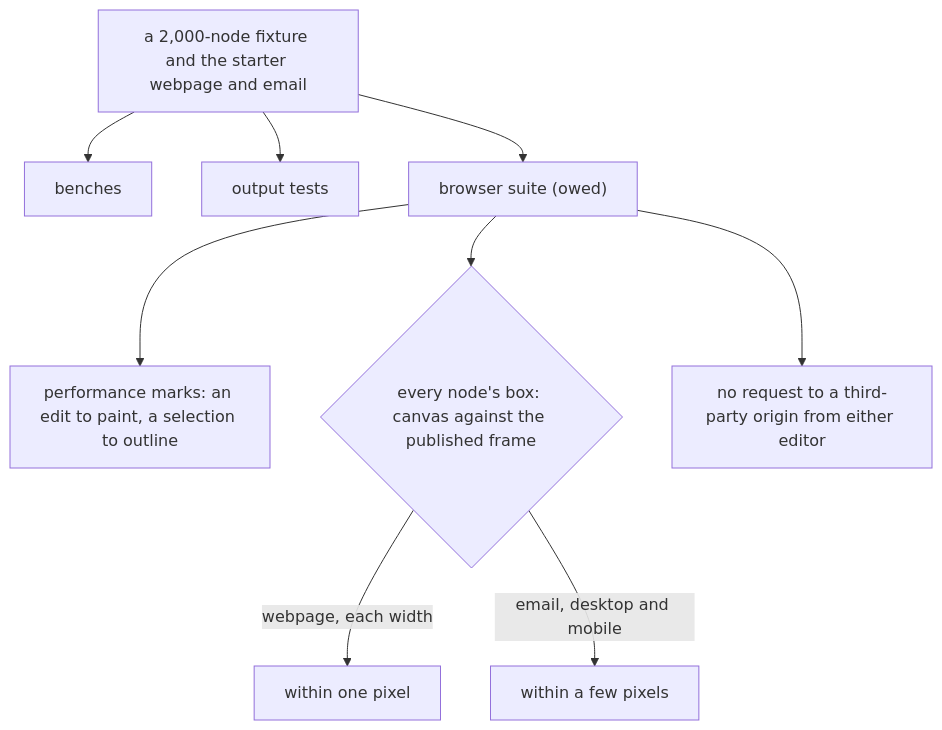
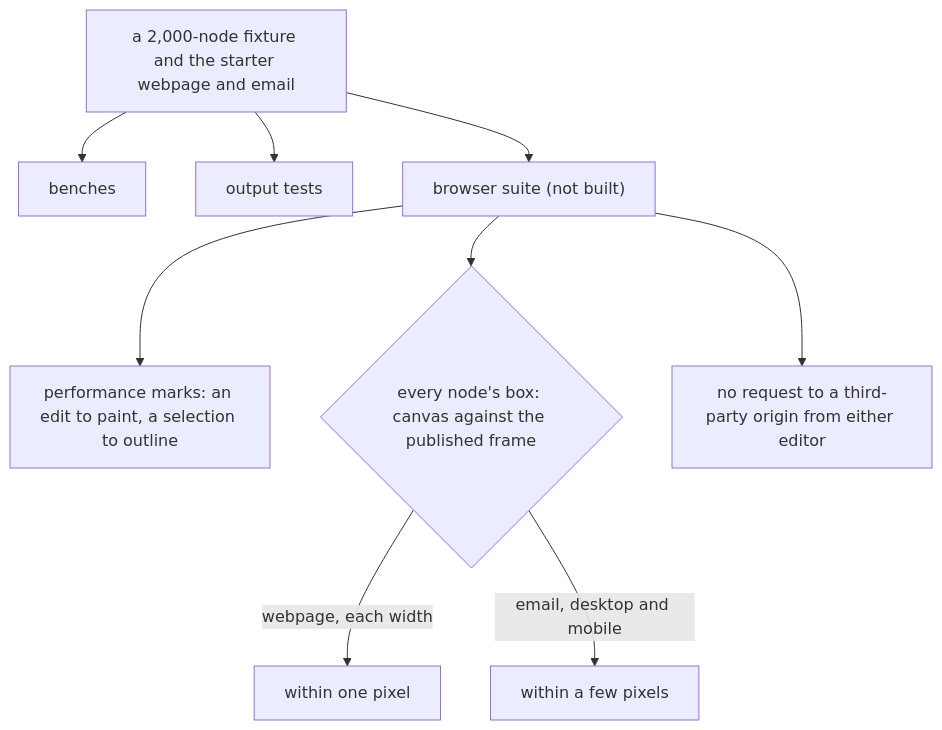
One commit to Esposter/Esposter changed the diagram in openspec/specs/resource/page-builder/performance-and-proof/design.md. Above: the diagram before and after it, drawn with Mermaid. The commit also changed other lines of this file and 11 other files, not shown here.

First line of the commit message:
docs(resource): close the resource roadmap, its last two items deferred

````diff
--- a/openspec/specs/resource/page-builder/performance-and-proof/design.md
+++ b/openspec/specs/resource/page-builder/performance-and-proof/design.md
@@ -28,11 +28,11 @@
 ```mermaid
 flowchart TD
   FIXTURE["a 2,000-node fixture and the starter webpage and email"] --> BENCH["benches"]
   FIXTURE --> OUTPUT["output tests"]
-  FIXTURE --> BROWSER["browser suite (owed)"]
+  FIXTURE --> BROWSER["browser suite (not built)"]
   BROWSER --> MARKS["performance marks: an edit to paint, a selection to outline"]
   BROWSER --> BOXES{"every node's box: canvas against the published frame"}
   BOXES -->|"webpage, each width"| PIXEL["within one pixel"]
   BOXES -->|"email, desktop and mobile"| FEW["within a few pixels"]
   BROWSER --> ORIGINS["no request to a third-party origin from either editor"]
 ```
````
